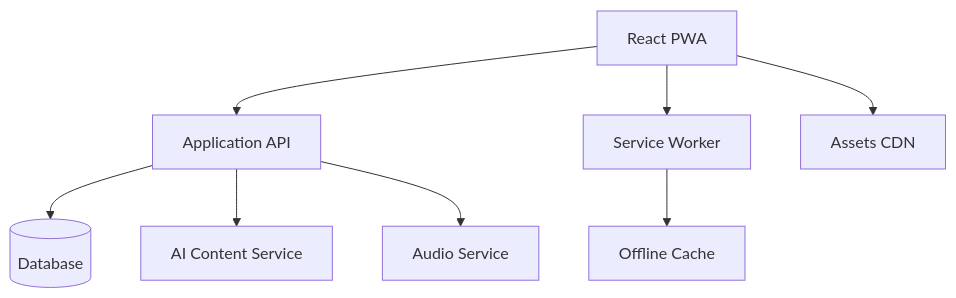
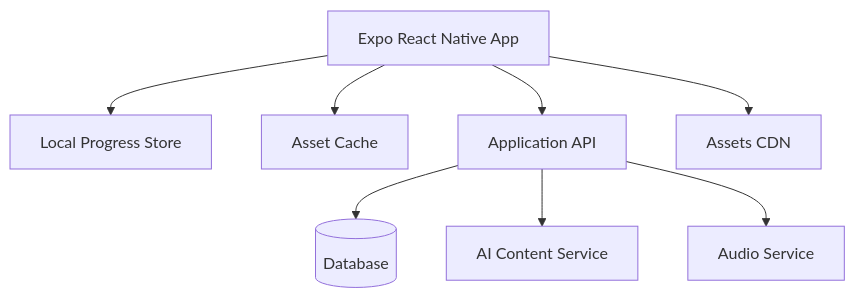
Before and after one commit to Yonicks/WordRush: diagram 11 of 25 in wordrush-full-product-technical-plan-v2.md, drawn with Mermaid. The commit also changed other lines of this file, not shown here.

Commit message:
Update plan for Expo React Native

````diff
--- a/wordrush-full-product-technical-plan-v2.md
+++ b/wordrush-full-product-technical-plan-v2.md
@@ -1331,22 +1331,22 @@
 ```mermaid
 graph TD
 
-    UI[React PWA]
-    SW[Service Worker]
-    CACHE[Offline Cache]
+    UI[Expo React Native App]
+    STORE[Local Progress Store]
+    CACHE[Asset Cache]
     API[Application API]
     DB[(Database)]
     CDN[Assets CDN]
     AI[AI Content Service]
     AUDIO[Audio Service]
 
     UI --> API
-    UI --> SW
-    SW --> CACHE
+    UI --> STORE
+    UI --> CACHE
 
     API --> DB
     API --> AI
     API --> AUDIO
 
     UI --> CDN
 ```
````
